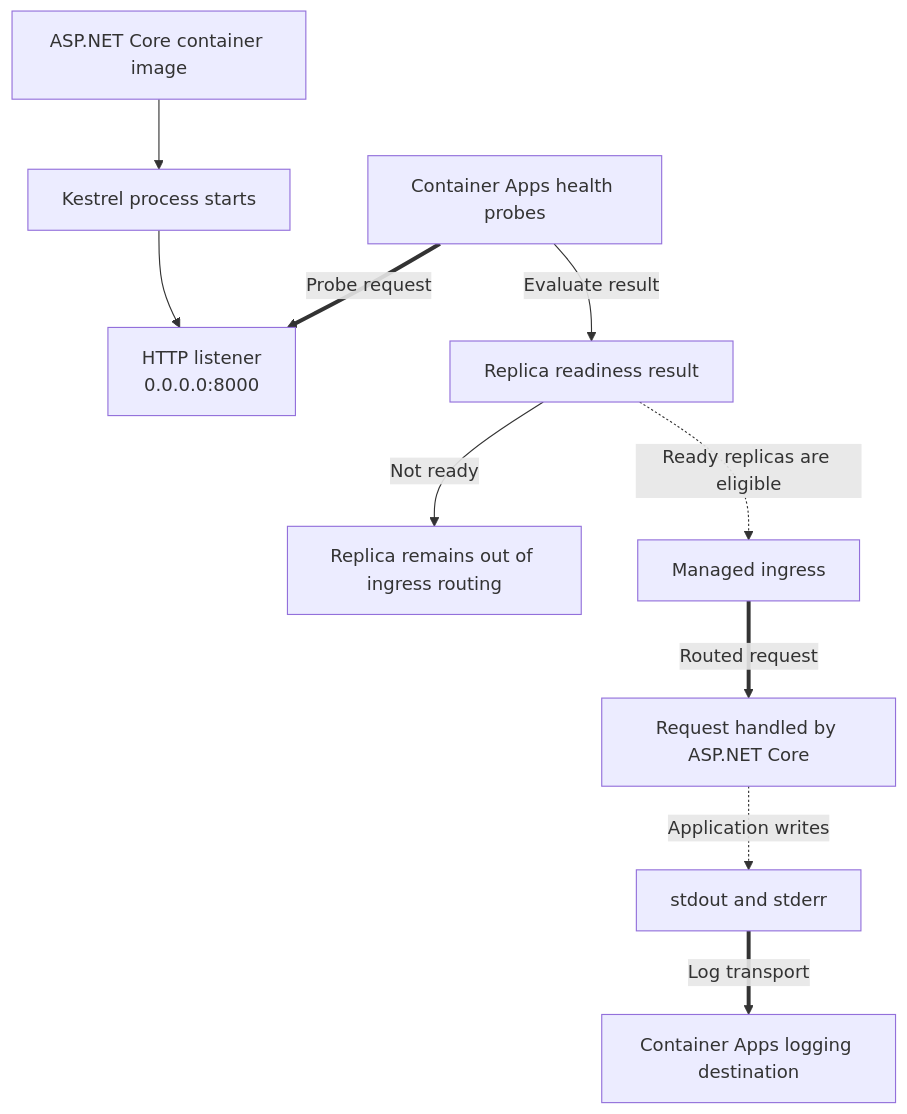
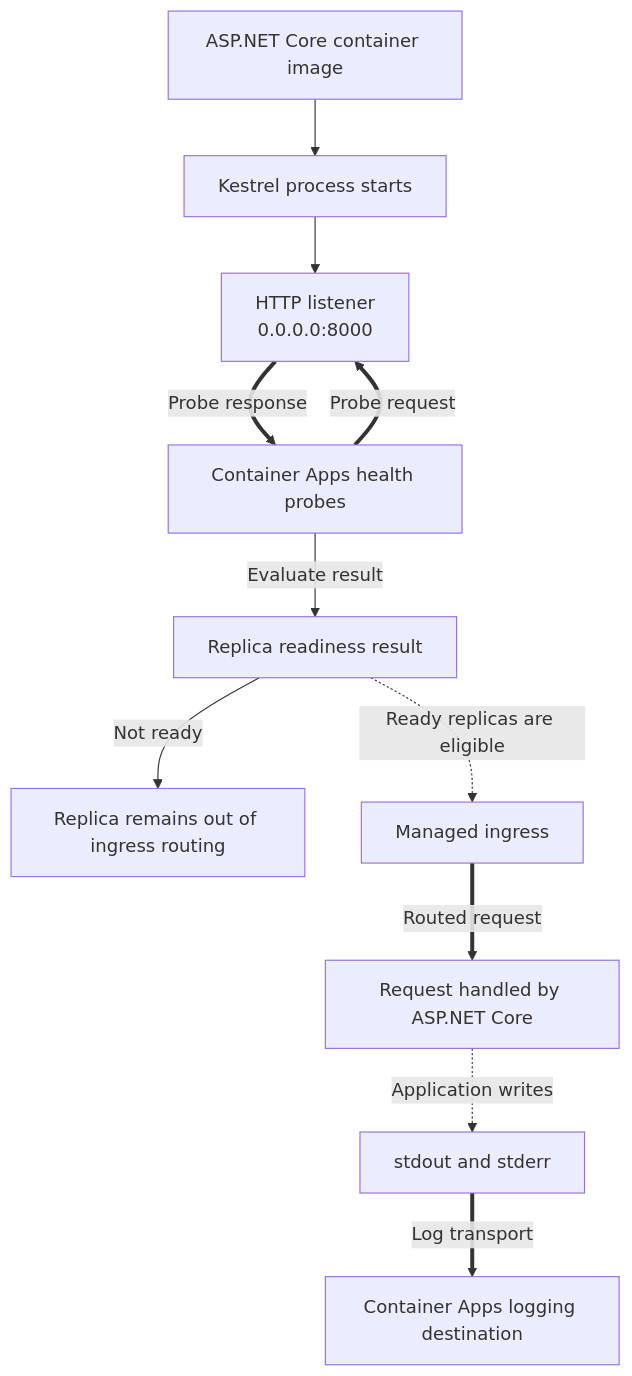
One commit to yeongseon/azure-container-apps-practical-guide changed the diagram in docs/language-guides/dotnet/dotnet-runtime.md. Above: the diagram before and after it, drawn with Mermaid. The commit also changed other lines of this file and 15 other files, not shown here.

First line of the commit message:
fix(diagrams): correct runtime, tutorial topology and CI/CD diagram paths and record review (#639)

````diff
--- a/docs/language-guides/dotnet/dotnet-runtime.md
+++ b/docs/language-guides/dotnet/dotnet-runtime.md
@@ -19,24 +19,25 @@
 ```mermaid
 flowchart TD
     accTitle: ASP.NET Core runtime execution model in Container Apps
-    accDescr: A revision starts the container image and Kestrel listener. Platform health probes determine readiness, managed ingress routes requests to a ready replica, and console output is collected for logging.
+    accDescr: A revision starts the container image and Kestrel listener. Platform probes send a request to the listener, the listener returns a probe response, and the platform evaluates readiness before managed ingress routes requests to ready replicas. Console output follows a separate logging path.
     IMAGE[ASP.NET Core container image]
     START[Kestrel process starts]
     LISTEN[HTTP listener<br/>0.0.0.0:8000]
     PROBES[Container Apps health probes]
     READY[Replica readiness result]
     NOT_READY[Replica remains out of ingress routing]
     INGRESS[Managed ingress]
     REQUEST[Request handled by ASP.NET Core]
     CONSOLE[stdout and stderr]
     LOGS[Container Apps logging destination]
 
     IMAGE --> START --> LISTEN
     PROBES ==>|"Probe request"| LISTEN
+    LISTEN ==>|"Probe response"| PROBES
     PROBES -->|"Evaluate result"| READY
     READY -.->|"Ready replicas are eligible"| INGRESS
     READY -->|"Not ready"| NOT_READY
     INGRESS ==>|"Routed request"| REQUEST
     REQUEST -.->|"Application writes"| CONSOLE
     CONSOLE ==>|"Log transport"| LOGS
 ```
````
